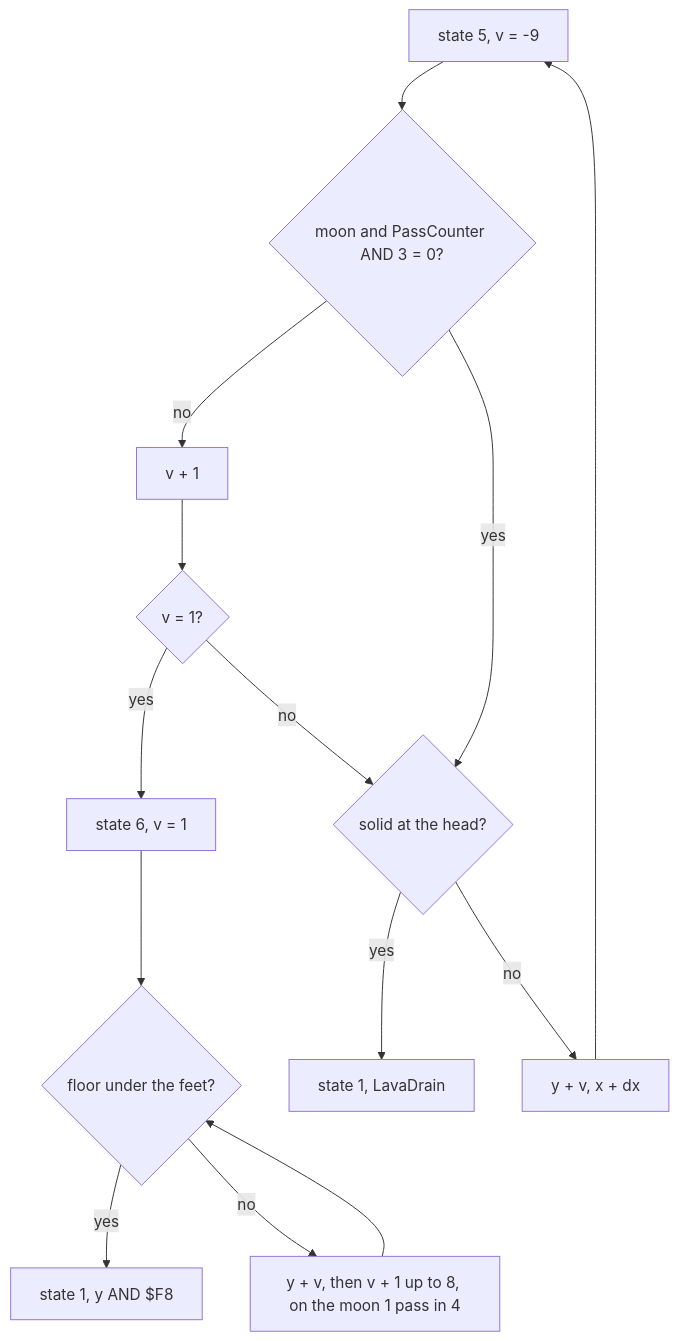
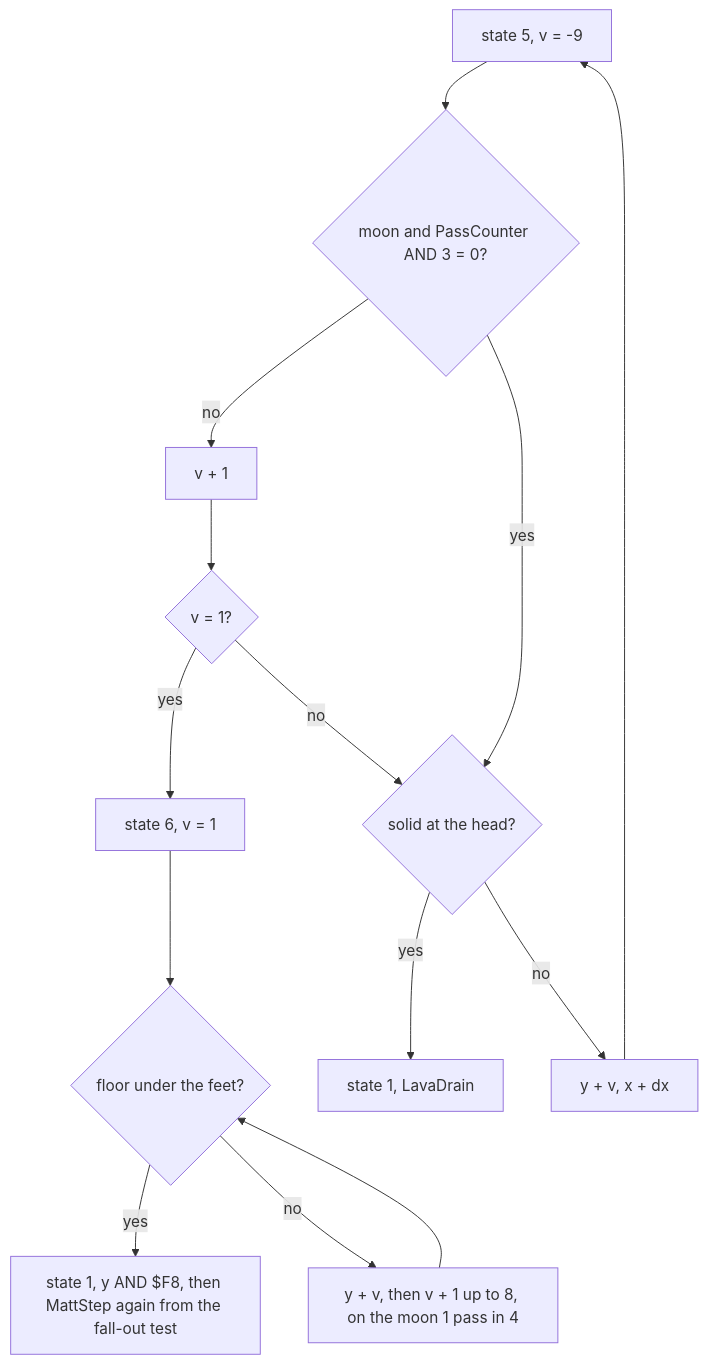
The fourth of 22 diagrams in games/mask-iii/docs/10-gameplay-logic.md (alfishe/unrealng-reverse-cases), drawn with Mermaid before and after one commit. The commit also changed other lines of this file and 20 other files, not shown here.

````diff
--- a/games/mask-iii/docs/10-gameplay-logic.md
+++ b/games/mask-iii/docs/10-gameplay-logic.md
@@ -378,16 +380,16 @@
 ```mermaid
 flowchart TD
     J["state 5, v = -9"] --> M1{"moon and PassCounter AND 3 = 0?"}
     M1 -- "no" --> INC["v + 1"]
     INC --> V1{"v = 1?"}
     V1 -- "yes" --> F["state 6, v = 1"]
     V1 -- "no" --> HB
     M1 -- "yes" --> HB{"solid at the head?"}
     HB -- "yes" --> LD["state 1, LavaDrain"]
     HB -- "no" --> Y["y + v, x + dx"]
     Y --> J
     F --> FC{"floor under the feet?"}
-    FC -- "yes" --> LAND["state 1, y AND $F8"]
+    FC -- "yes" --> LAND["state 1, y AND $F8, then MattStep again from the fall-out test"]
     FC -- "no" --> YF["y + v, then v + 1 up to 8, on the moon 1 pass in 4"]
     YF --> FC
 ```
````
